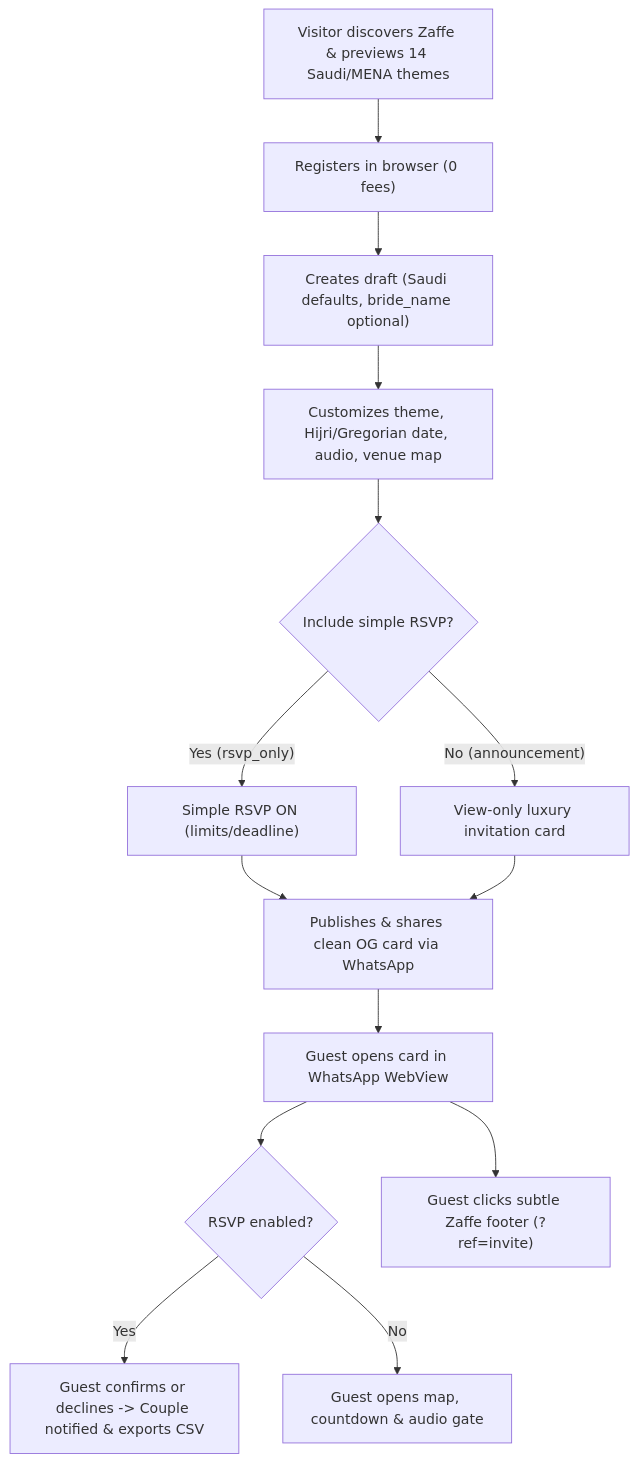
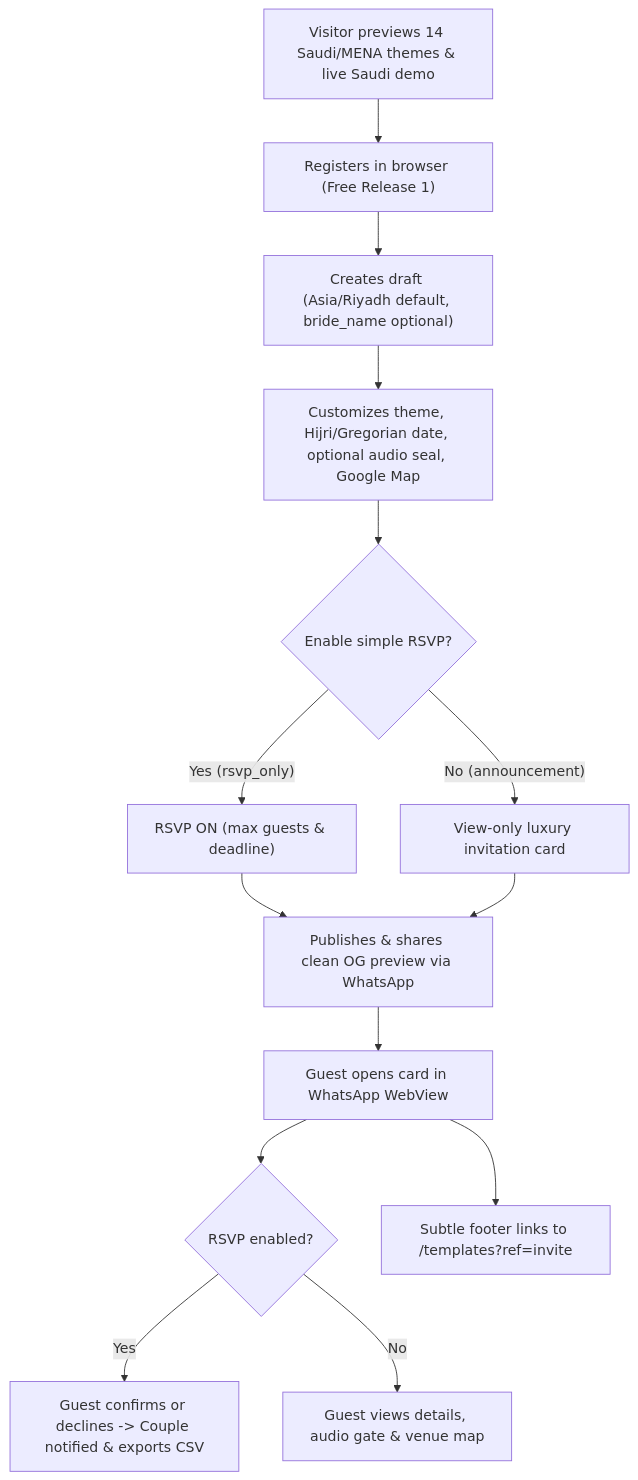
The first of 2 diagrams in docs/business/business-requirements-document.md (mohamedelbalooty/Zaffe), drawn with Mermaid before and after one commit. The commit also changed other lines of this file and 3 other files, not shown here.

Commit message:
docs(strategy): refine Phase 1 launch scope, evidence-gated roadmap, and PO Decision Pack DEC-01..DEC-07 (ZAFFE-026)

````diff
--- a/docs/business/business-requirements-document.md
+++ b/docs/business/business-requirements-document.md
@@ -185,16 +132,16 @@
 ```mermaid
 flowchart TD
-    A["Visitor discovers Zaffe & previews 14 Saudi/MENA themes"] --> B["Registers in browser (0 fees)"]
-    B --> C["Creates draft (Saudi defaults, bride_name optional)"]
-    C --> D["Customizes theme, Hijri/Gregorian date, audio, venue map"]
-    D --> E{"Include simple RSVP?"}
-    E -- "Yes (rsvp_only)" --> F["Simple RSVP ON (limits/deadline)"]
+    A["Visitor previews 14 Saudi/MENA themes & live Saudi demo"] --> B["Registers in browser (Free Release 1)"]
+    B --> C["Creates draft (Asia/Riyadh default, bride_name optional)"]
+    C --> D["Customizes theme, Hijri/Gregorian date, optional audio seal, Google Map"]
+    D --> E{"Enable simple RSVP?"}
+    E -- "Yes (rsvp_only)" --> F["RSVP ON (max guests & deadline)"]
     E -- "No (announcement)" --> G["View-only luxury invitation card"]
-    F --> H["Publishes & shares clean OG card via WhatsApp"]
+    F --> H["Publishes & shares clean OG preview via WhatsApp"]
     G --> H
     H --> I["Guest opens card in WhatsApp WebView"]
     I --> J{"RSVP enabled?"}
     J -- "Yes" --> K["Guest confirms or declines -> Couple notified & exports CSV"]
-    J -- "No" --> L["Guest opens map, countdown & audio gate"]
-    I --> M["Guest clicks subtle Zaffe footer (?ref=invite)"]
+    J -- "No" --> L["Guest views details, audio gate & venue map"]
+    I --> M["Subtle footer links to /templates?ref=invite"]
 ```
````
